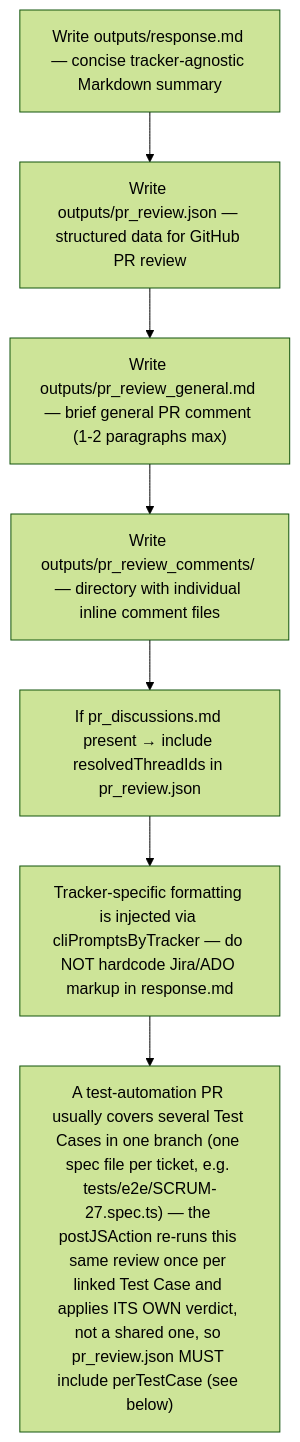
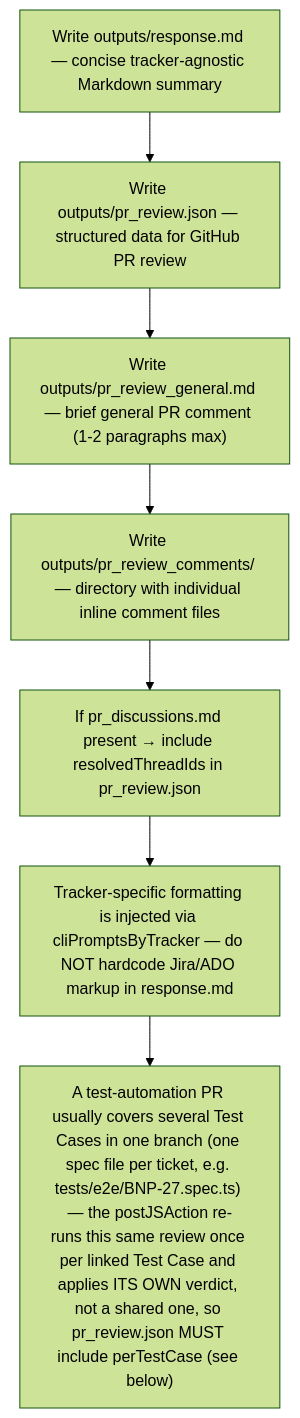
The diagram in .dmtools/agents/instructions/pr_test_automation_review/output_rules.md (kejno/bonapp), drawn with Mermaid (forest theme) before and after one commit. The commit also changed other lines of this file and 32 other files, not shown here.

First line of the commit message:
chore: point .dmtools SM pipeline at BNP instead of SCRUM

````diff
--- a/.dmtools/agents/instructions/pr_test_automation_review/output_rules.md
+++ b/.dmtools/agents/instructions/pr_test_automation_review/output_rules.md
@@ -1,11 +1,11 @@
 ```mermaid
 flowchart TD
     O1["Write outputs/response.md — concise tracker-agnostic Markdown summary"]
     O2["Write outputs/pr_review.json — structured data for GitHub PR review"]
     O3["Write outputs/pr_review_general.md — brief general PR comment (1-2 paragraphs max)"]
     O4["Write outputs/pr_review_comments/ — directory with individual inline comment files"]
     O5["If pr_discussions.md present → include resolvedThreadIds in pr_review.json"]
     O6["Tracker-specific formatting is injected via cliPromptsByTracker — do NOT hardcode Jira/ADO markup in response.md"]
-    O7["A test-automation PR usually covers several Test Cases in one branch (one spec file per ticket, e.g. tests/e2e/SCRUM-27.spec.ts) — the postJSAction re-runs this same review once per linked Test Case and applies ITS OWN verdict, not a shared one, so pr_review.json MUST include perTestCase (see below)"]
+    O7["A test-automation PR usually covers several Test Cases in one branch (one spec file per ticket, e.g. tests/e2e/BNP-27.spec.ts) — the postJSAction re-runs this same review once per linked Test Case and applies ITS OWN verdict, not a shared one, so pr_review.json MUST include perTestCase (see below)"]
     O1 --> O2 --> O3 --> O4 --> O5 --> O6 --> O7
 ```
````
